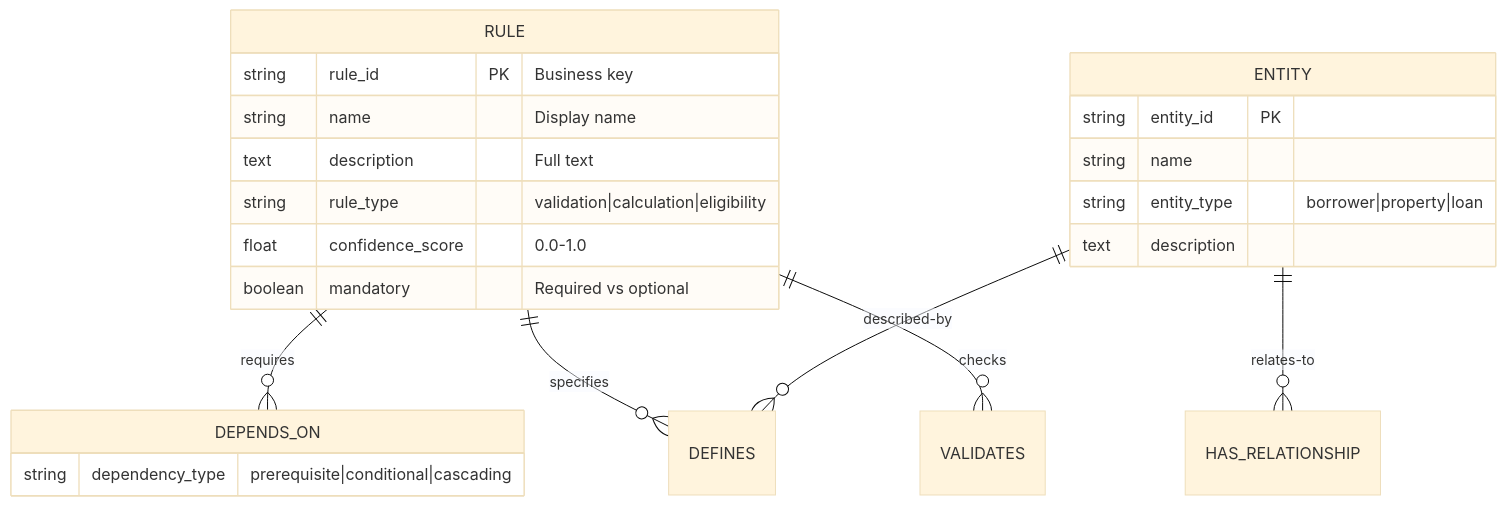
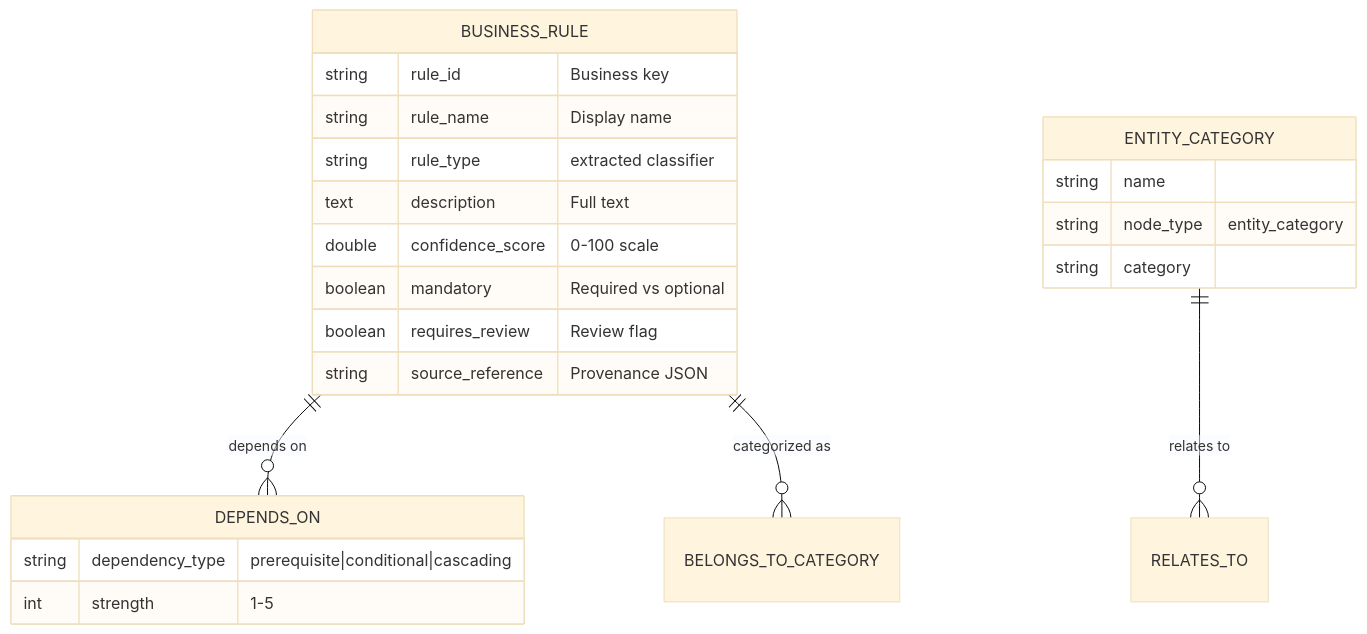
Before and after one commit to rrahimi-uci/policy-to-knowledge: the second of 5 diagrams in apps/explorer/docs/architecture.md, drawn with Mermaid (base theme). The commit also changed other lines of this file and 12 other files, not shown here.

````diff
--- a/apps/explorer/docs/architecture.md
+++ b/apps/explorer/docs/architecture.md
@@ -172,28 +179,28 @@
 ```mermaid
 erDiagram
-    RULE ||--o{ DEPENDS_ON : "requires"
-    RULE ||--o{ DEFINES : "specifies"
-    RULE ||--o{ VALIDATES : "checks"
-    ENTITY ||--o{ DEFINES : "described-by"
-    ENTITY ||--o{ HAS_RELATIONSHIP : "relates-to"
+    BUSINESS_RULE ||--o{ DEPENDS_ON : "depends on"
+    BUSINESS_RULE ||--o{ BELONGS_TO_CATEGORY : "categorized as"
+    ENTITY_CATEGORY ||--o{ RELATES_TO : "relates to"
 
-    RULE {
-        string rule_id PK "Business key"
-        string name "Display name"
+    BUSINESS_RULE {
+        string rule_id "Business key"
+        string rule_name "Display name"
+        string rule_type "extracted classifier"
         text description "Full text"
-        string rule_type "validation|calculation|eligibility"
-        float confidence_score "0.0-1.0"
+        double confidence_score "0-100 scale"
         boolean mandatory "Required vs optional"
+        boolean requires_review "Review flag"
+        string source_reference "Provenance JSON"
     }
 
-    ENTITY {
-        string entity_id PK
+    ENTITY_CATEGORY {
         string name
-        string entity_type "borrower|property|loan"
-        text description
+        string node_type "entity_category"
+        string category
     }
 
     DEPENDS_ON {
         string dependency_type "prerequisite|conditional|cascading"
+        int strength "1-5"
     }
 ```
````
